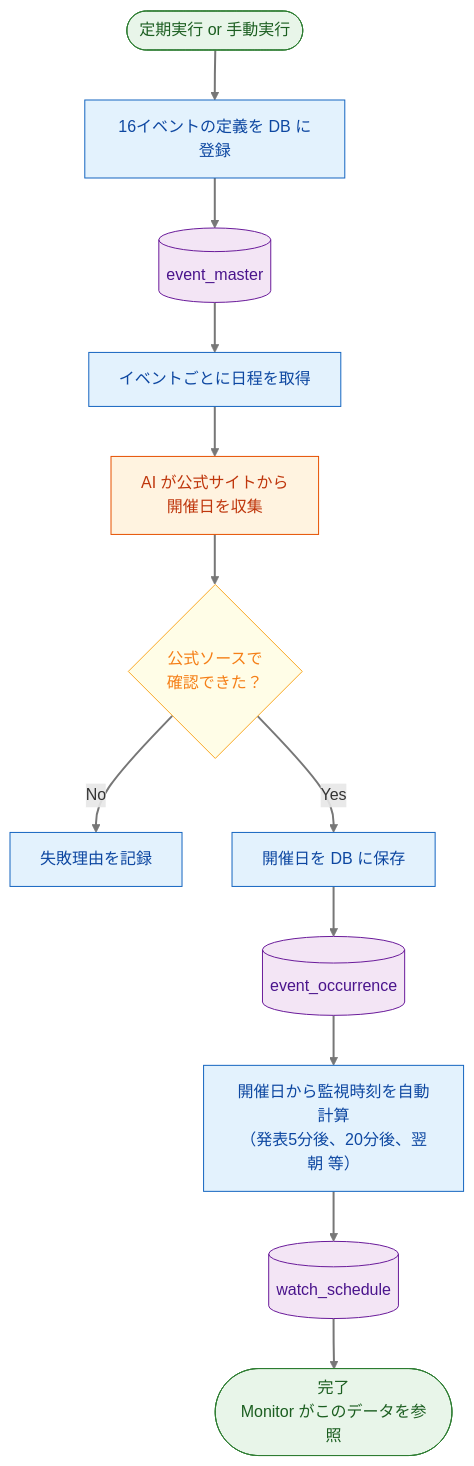
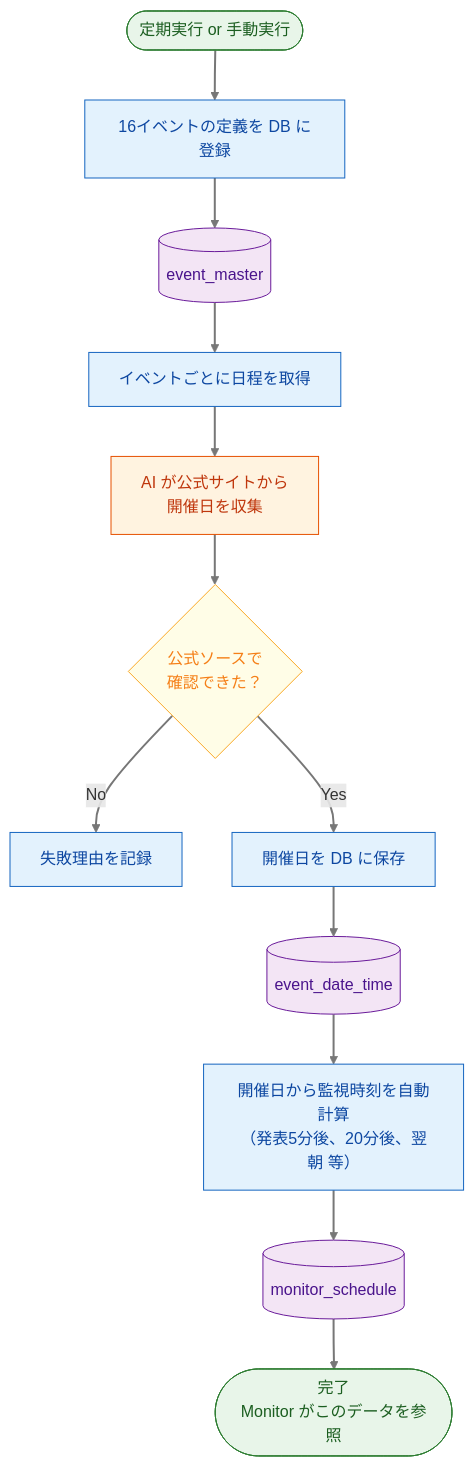
Before and after one commit to oSUiMiNo/Kabu-Trading1: the first of 4 diagrams in EventScheduler/MyDocs/workflow.md, drawn with Mermaid. The commit also changed other lines of this file and 5 other files, not shown here.

````diff
--- a/EventScheduler/MyDocs/workflow.md
+++ b/EventScheduler/MyDocs/workflow.md
@@ -5,27 +5,27 @@
 ```mermaid
 %%{init: {'themeVariables': {'lineColor': '#777'}}}%%
 flowchart TD
     classDef trigger fill:#E8F5E9,stroke:#2E7D32,color:#1B5E20
     classDef process fill:#E3F2FD,stroke:#1565C0,color:#0D47A1
     classDef agent fill:#FFF3E0,stroke:#E65100,color:#BF360C
     classDef db fill:#F3E5F5,stroke:#6A1B9A,color:#4A148C
     classDef decision fill:#FFFDE7,stroke:#F9A825,color:#F57F17
 
     START(["定期実行 or 手動実行"]):::trigger
     START --> SEED["16イベントの定義を DB に登録"]:::process
     SEED --> DB1[("event_master")]:::db
 
     DB1 --> LOOP["イベントごとに日程を取得"]:::process
     LOOP --> AI["AI が公式サイトから\n開催日を収集"]:::agent
     AI --> CHK{公式ソースで\n確認できた？}:::decision
 
     CHK -->|No| SKIP["失敗理由を記録"]:::process
     CHK -->|Yes| SAVE["開催日を DB に保存"]:::process
-    SAVE --> DB2[("event_occurrence")]:::db
+    SAVE --> DB2[("event_date_time")]:::db
 
     DB2 --> WATCH["開催日から監視時刻を自動計算\n（発表5分後、20分後、翌朝 等）"]:::process
-    WATCH --> DB3[("watch_schedule")]:::db
+    WATCH --> DB3[("monitor_schedule")]:::db
 
     DB3 --> DONE(["完了\nMonitor がこのデータを参照"]):::trigger
     linkStyle default stroke-width:2px
 ```
````
